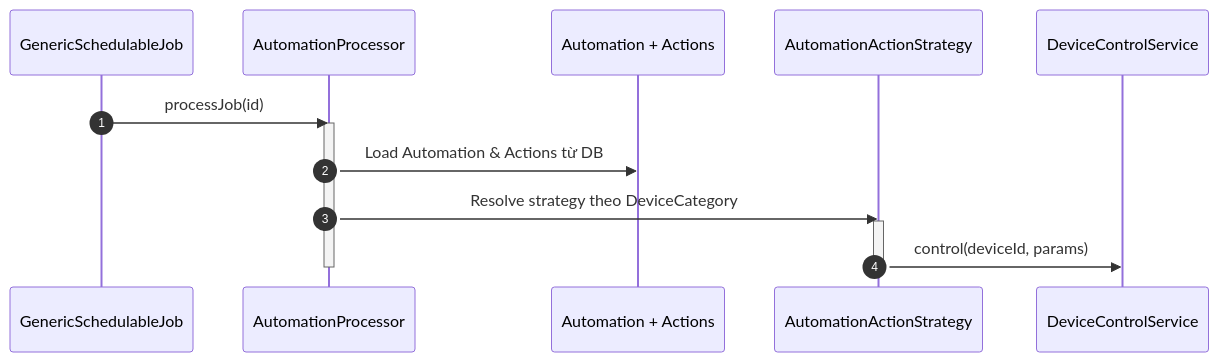
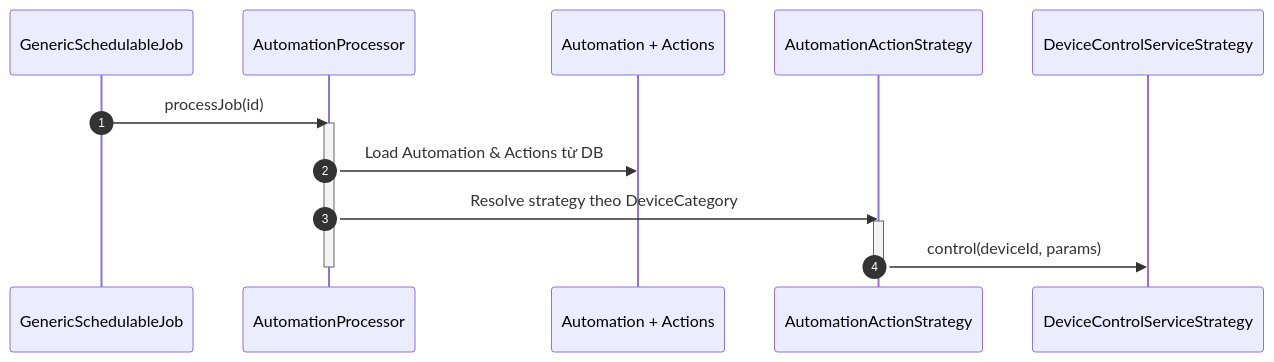
The ninth of 11 diagrams in SYSTEM.md (MaiTheHao/smart-room-iot-server), drawn with Mermaid before and after one commit. The commit also changed other lines of this file and 4 other files, not shown here.

````diff
--- a/SYSTEM.md
+++ b/SYSTEM.md
@@ -442,18 +447,18 @@
 ```mermaid
 sequenceDiagram
     autonumber
     participant Job as GenericSchedulableJob
     participant Proc as AutomationProcessor
     participant Auto as Automation + Actions
     participant Strategy as AutomationActionStrategy
-    participant Ctrl as DeviceControlService
+    participant Ctrl as DeviceControlServiceStrategy
     
     Job->>Proc: processJob(id)
     activate Proc
     Proc->>Auto: Load Automation & Actions từ DB
     Proc->>Strategy: Resolve strategy theo DeviceCategory
     activate Strategy
     Strategy->>Ctrl: control(deviceId, params)
     deactivate Strategy
     deactivate Proc
 ```
````
